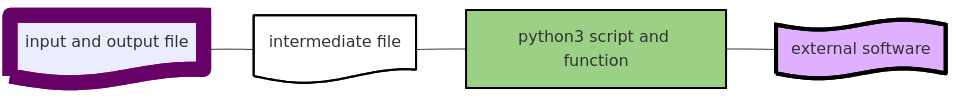
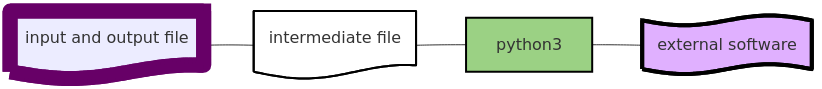
One commit to OcMalde/fuse-phylotree changed the first of 2 diagrams in README.md. Above: the diagram before and after it, drawn with Mermaid. The commit also changed other lines of this file, not shown here.

````diff
--- a/README.md
+++ b/README.md
@@ -28,21 +19,21 @@
 ```mermaid
 
 flowchart LR
 
 l1@{ shape: doc, label: "input and output file" } --- l2@{ shape: doc, label: "intermediate file" };
-l2 --- l3[python3 script and function];
+l2 --- l3[python3];
 l3 --- l4@{ shape: flag, label: "external software" };
 
 classDef toolsl fill:#E0B0FF,stroke:#000,stroke-width:4px;
 class l4 toolsl;
 
 classDef filesl fill:#fff,stroke:#000,stroke-width:2px;
 class l2 filesl;
 
 classDef inputl stroke:#670067,stroke-width:15px;
 class l1 inputl;
 
 classDef scriptsl fill:#9BD184,stroke:#000,stroke-width:2px;
 class l3 scriptsl;
 
 ```
````
